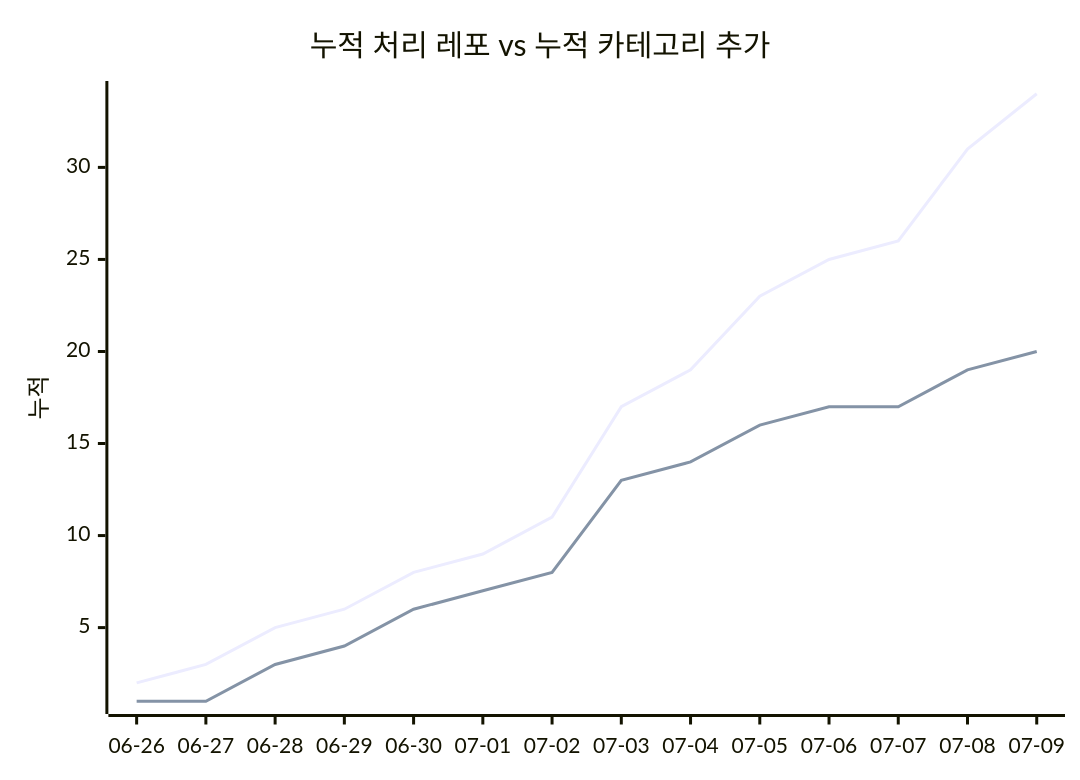
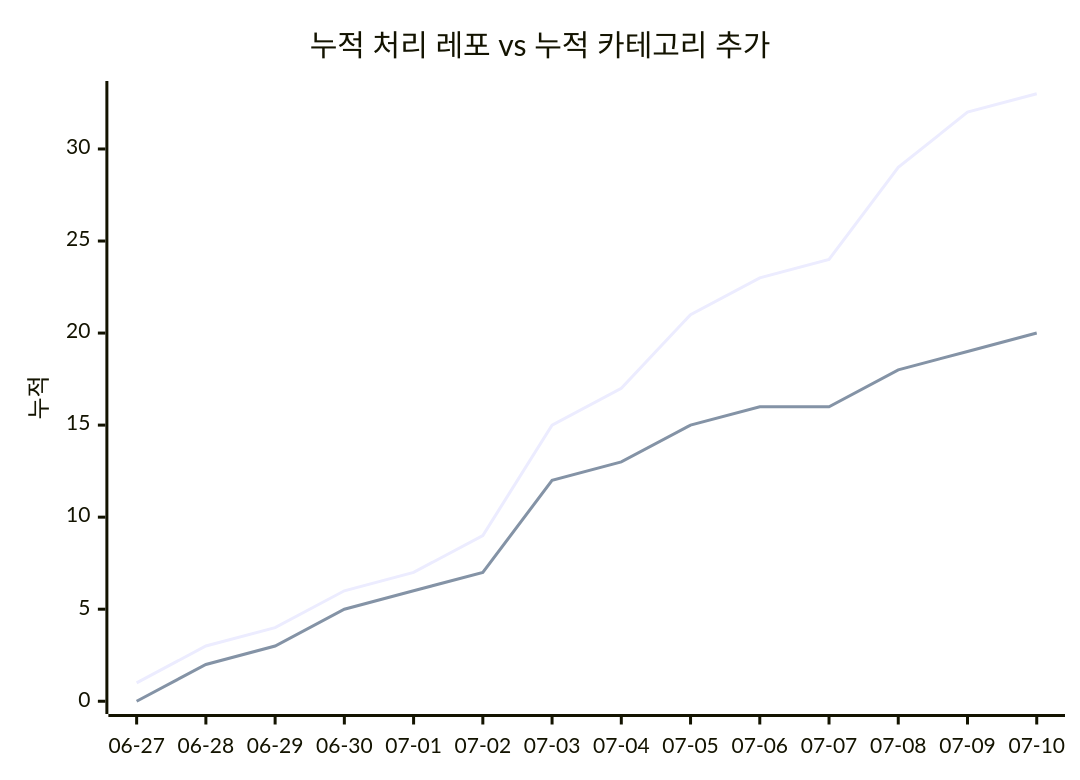
Before and after one commit to J-nowcow/awesome-korean-agent-skills: the second of 2 diagrams in docs/trends.md, drawn with Mermaid. The commit also changed other lines of this file and 3 other files, not shown here.

````diff
--- a/docs/trends.md
+++ b/docs/trends.md
@@ -68,8 +68,8 @@
 ```mermaid
 xychart-beta
     title "누적 처리 레포 vs 누적 카테고리 추가"
-    x-axis ["06-26","06-27","06-28","06-29","06-30","07-01","07-02","07-03","07-04","07-05","07-06","07-07","07-08","07-09"]
+    x-axis ["06-27","06-28","06-29","06-30","07-01","07-02","07-03","07-04","07-05","07-06","07-07","07-08","07-09","07-10"]
     y-axis "누적"
-    line [2,3,5,6,8,9,11,17,19,23,25,26,31,34]
-    line [1,1,3,4,6,7,8,13,14,16,17,17,19,20]
+    line [1,3,4,6,7,9,15,17,21,23,24,29,32,33]
+    line [0,2,3,5,6,7,12,13,15,16,16,18,19,20]
 ```
````
